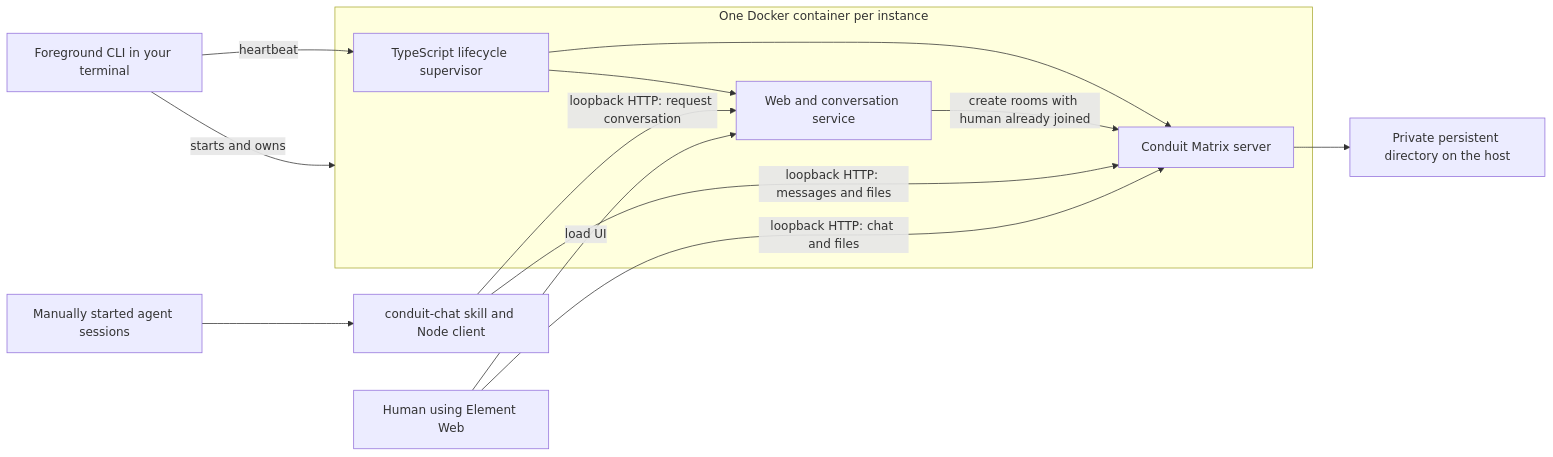
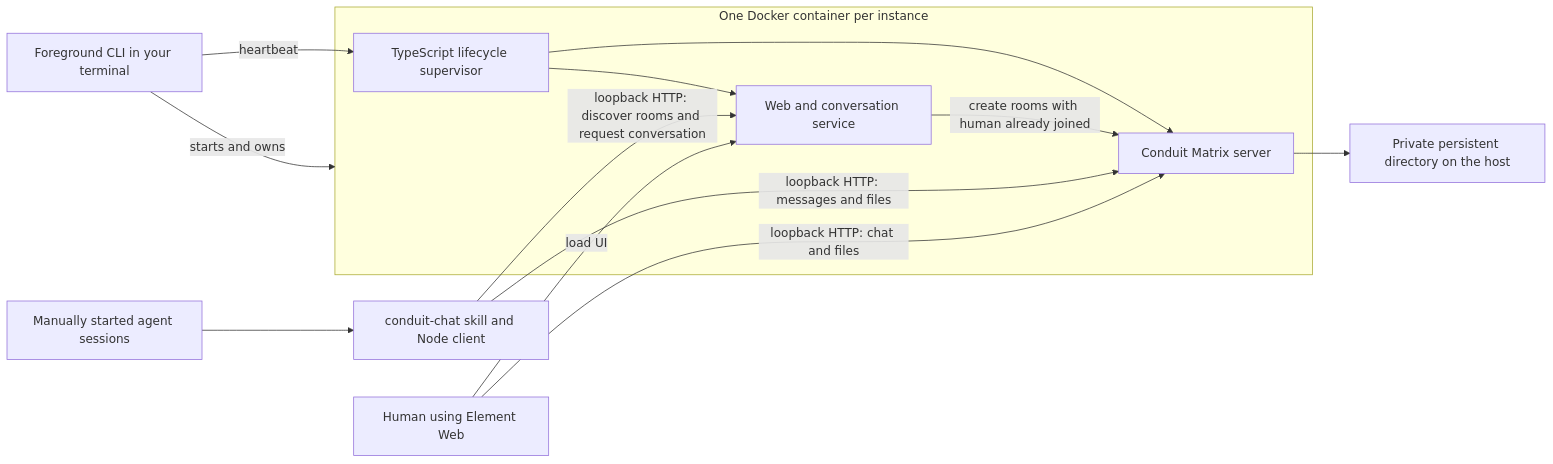
One commit to control-flow-project/ctlflow changed the diagram in README.md. Above: the diagram before and after it, drawn with Mermaid. The commit also changed other lines of this file and 12 other files, not shown here.

````diff
--- a/README.md
+++ b/README.md
@@ -386,19 +451,19 @@
 ```mermaid
 flowchart LR
     T[Foreground CLI in your terminal] -->|starts and owns| D
     A[Manually started agent sessions] --> S[conduit-chat skill and Node client]
     subgraph D[One Docker container per instance]
         R[TypeScript lifecycle supervisor]
         W[Web and conversation service]
         C[Conduit Matrix server]
         R --> W
         R --> C
         W -->|create rooms with human already joined| C
     end
     T -->|heartbeat| R
     S -->|loopback HTTP: messages and files| C
-    S -->|loopback HTTP: request conversation| W
+    S -->|loopback HTTP: discover rooms and request conversation| W
     H[Human using Element Web] -->|load UI| W
     H -->|loopback HTTP: chat and files| C
     C --> P[Private persistent directory on the host]
 ```
````
